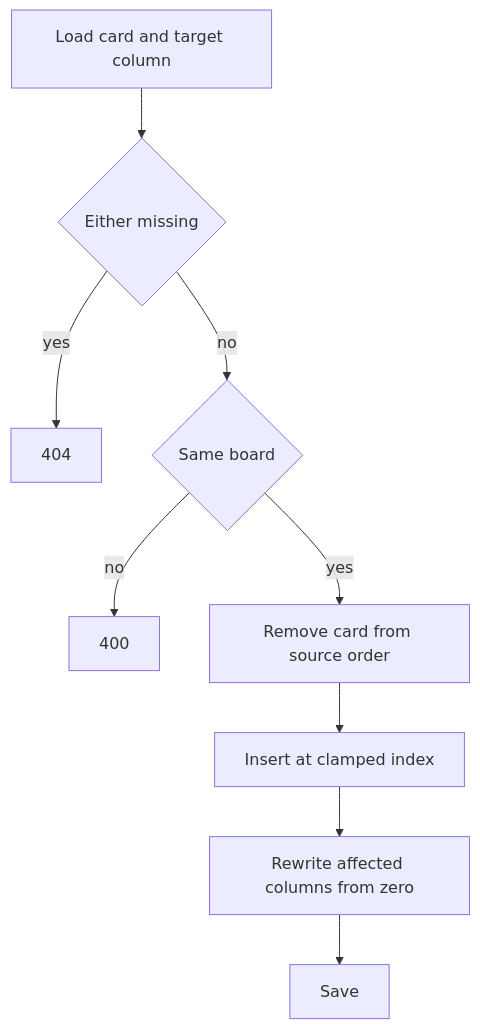
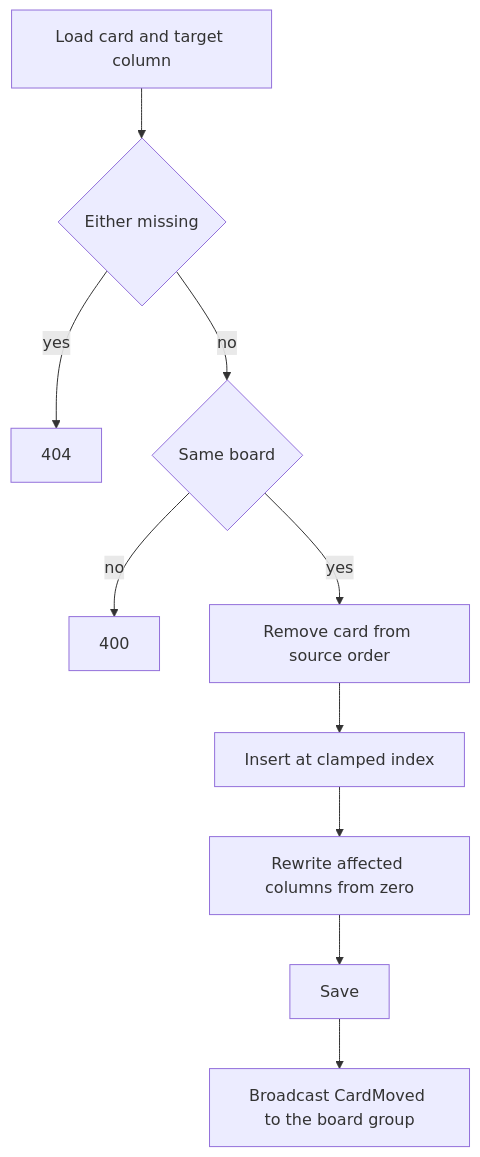
One commit to justarunsthing/Relay changed the third of 5 diagrams in docs/api.md. Above: the diagram before and after it, drawn with Mermaid. The commit also changed other lines of this file and 10 other files, not shown here.

Commit message:
Broadcast a card change to the board group after the write succeeds.

````diff
--- a/docs/api.md
+++ b/docs/api.md
@@ -73,11 +73,12 @@
 ```mermaid
 flowchart TD
     load[Load card and target column] --> missing{Either missing}
     missing -->|yes| notFound[404]
     missing -->|no| sameBoard{Same board}
     sameBoard -->|no| rejected[400]
     sameBoard -->|yes| remove[Remove card from source order]
     remove --> insert[Insert at clamped index]
     insert --> rewrite[Rewrite affected columns from zero]
     rewrite --> save[Save]
+    save --> broadcast[Broadcast CardMoved to the board group]
 ```
````
